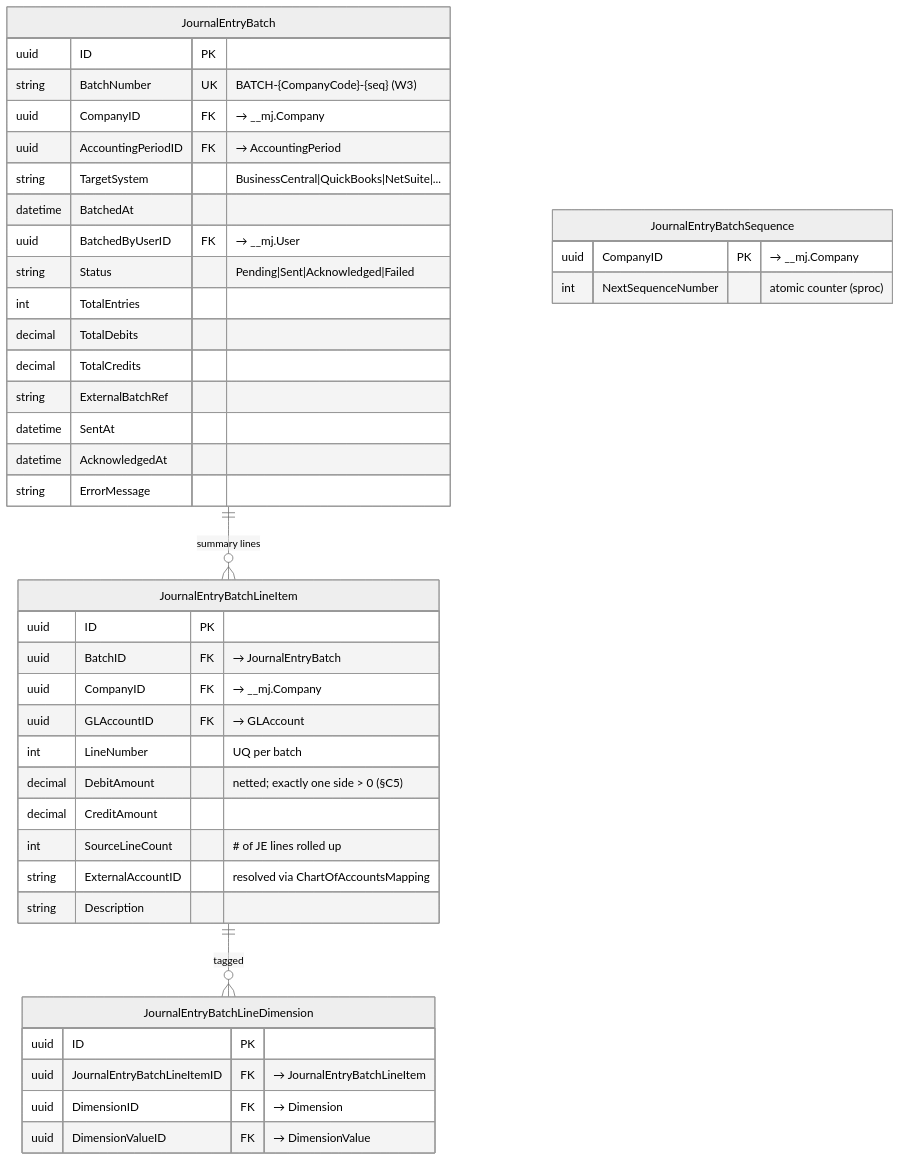
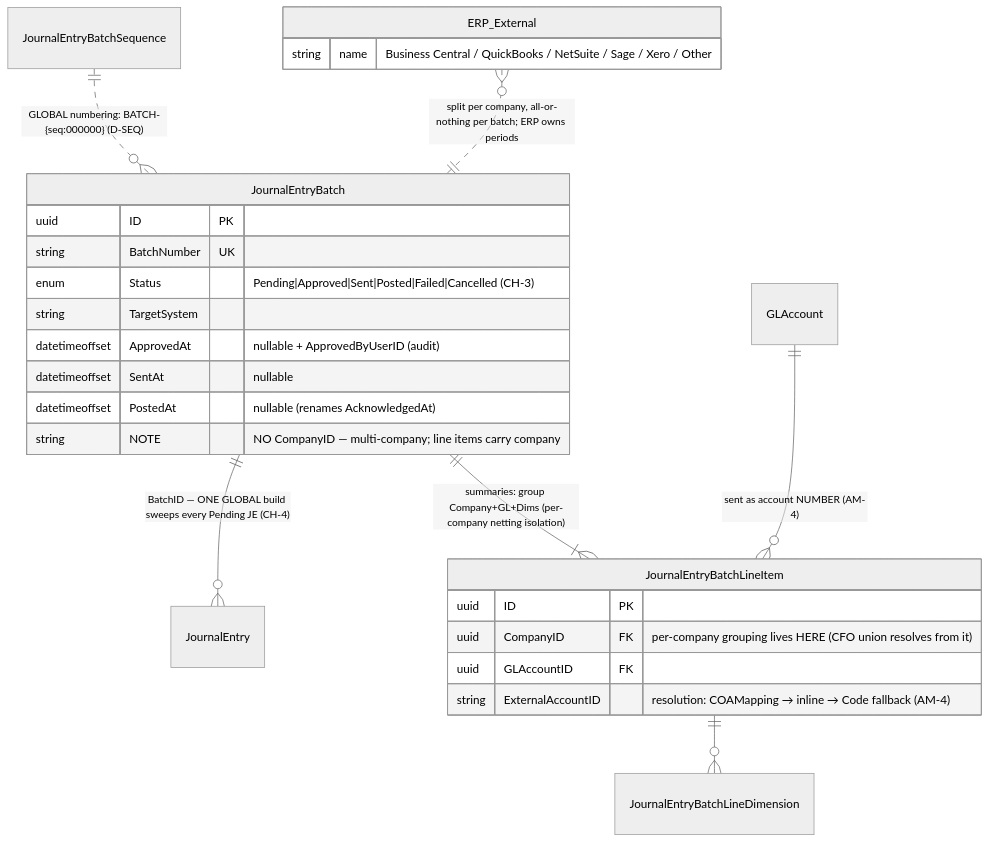
Before and after one commit to MemberJunction/bizapps-accounting: the third of 3 diagrams in docs/bizapps-accounting-erd.md, drawn with Mermaid (neutral theme). The commit also changed other lines of this file and 106 other files, not shown here.

First line of the commit message:
Accounting engine + Accounting.CreateJournalEntry op (AM-7 steps 1-4)

````diff
--- a/docs/bizapps-accounting-erd.md
+++ b/docs/bizapps-accounting-erd.md
@@ -244,44 +103,23 @@
 ```mermaid
 erDiagram
-    JournalEntryBatch {
-        uuid ID PK
-        string BatchNumber UK "BATCH-{CompanyCode}-{seq} (W3)"
-        uuid CompanyID FK "→ __mj.Company"
-        uuid AccountingPeriodID FK "→ AccountingPeriod"
-        string TargetSystem "BusinessCentral|QuickBooks|NetSuite|..."
-        datetime BatchedAt
-        uuid BatchedByUserID FK "→ __mj.User"
-        string Status "Pending|Sent|Acknowledged|Failed"
-        int TotalEntries
-        decimal TotalDebits
-        decimal TotalCredits
-        string ExternalBatchRef
-        datetime SentAt
-        datetime AcknowledgedAt
-        string ErrorMessage
-    }
-    JournalEntryBatchLineItem {
-        uuid ID PK
-        uuid BatchID FK "→ JournalEntryBatch"
-        uuid CompanyID FK "→ __mj.Company"
-        uuid GLAccountID FK "→ GLAccount"
-        int LineNumber "UQ per batch"
-        decimal DebitAmount "netted; exactly one side > 0 (§C5)"
-        decimal CreditAmount
-        int SourceLineCount "# of JE lines rolled up"
-        string ExternalAccountID "resolved via ChartOfAccountsMapping"
-        string Description
-    }
-    JournalEntryBatchLineDimension {
-        uuid ID PK
-        uuid JournalEntryBatchLineItemID FK "→ JournalEntryBatchLineItem"
-        uuid DimensionID FK "→ Dimension"
-        uuid DimensionValueID FK "→ DimensionValue"
-    }
-    JournalEntryBatchSequence {
-        uuid CompanyID PK "→ __mj.Company"
-        int NextSequenceNumber "atomic counter (sproc)"
-    }
-    JournalEntryBatch ||--o{ JournalEntryBatchLineItem : "summary lines"
-    JournalEntryBatchLineItem ||--o{ JournalEntryBatchLineDimension : "tagged"
+    JournalEntryBatch ||--o{ JournalEntry : "BatchID — ONE GLOBAL build sweeps every Pending JE (CH-4)"
+    JournalEntryBatch ||--|{ JournalEntryBatchLineItem : "summaries: group Company+GL+Dims (per-company netting isolation)"
+    JournalEntryBatchLineItem ||--o{ JournalEntryBatchLineDimension : ""
+    GLAccount ||--o{ JournalEntryBatchLineItem : "sent as account NUMBER (AM-4)"
+    JournalEntryBatchSequence ||..o{ JournalEntryBatch : "GLOBAL numbering: BATCH-{seq:000000} (D-SEQ)"
+    ERP_External }o..|| JournalEntryBatch : "split per company, all-or-nothing per batch; ERP owns periods"
+
+    JournalEntryBatch { uuid ID PK
+                        string BatchNumber UK
+                        enum Status "Pending|Approved|Sent|Posted|Failed|Cancelled (CH-3)"
+                        string TargetSystem
+                        datetimeoffset ApprovedAt "nullable + ApprovedByUserID (audit)"
+                        datetimeoffset SentAt "nullable"
+                        datetimeoffset PostedAt "nullable (renames AcknowledgedAt)"
+                        string NOTE "NO CompanyID — multi-company; line items carry company" }
+    JournalEntryBatchLineItem { uuid ID PK
+                                uuid CompanyID FK "per-company grouping lives HERE (CFO union resolves from it)"
+                                uuid GLAccountID FK
+                                string ExternalAccountID "resolution: COAMapping → inline → Code fallback (AM-4)" }
+    ERP_External { string name "Business Central / QuickBooks / NetSuite / Sage / Xero / Other" }
 ```
````
